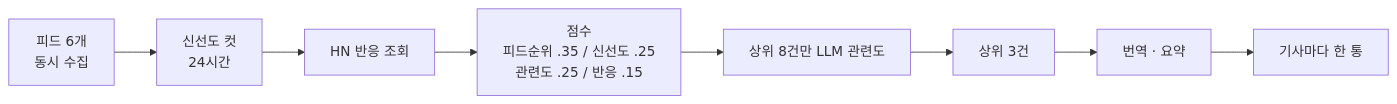
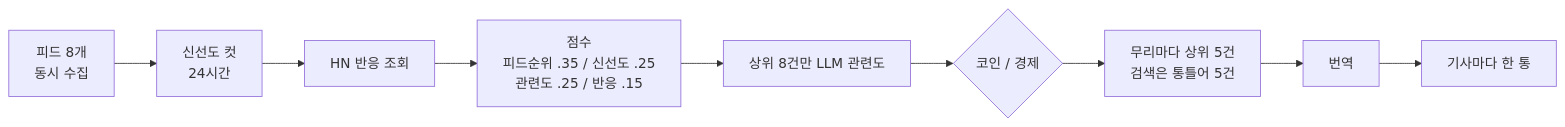
One commit to zero3402/economy-helper changed the fourth of 4 diagrams in ARCHITECTURE.md. Above: the diagram before and after it, drawn with Mermaid. The commit also changed other lines of this file and 24 other files, not shown here.

````diff
--- a/ARCHITECTURE.md
+++ b/ARCHITECTURE.md
@@ -232,10 +232,11 @@
 ```mermaid
 flowchart LR
-    F[피드 6개<br/>동시 수집] --> A[신선도 컷<br/>24시간]
+    F[피드 8개<br/>동시 수집] --> A[신선도 컷<br/>24시간]
     A --> B[HN 반응 조회]
     B --> S[점수<br/>피드순위 .35 / 신선도 .25<br/>관련도 .25 / 반응 .15]
     S --> L[상위 8건만 LLM 관련도]
-    L --> R[상위 3건]
-    R --> TR[번역 · 요약]
+    L --> C{코인 / 경제}
+    C --> R[무리마다 상위 5건<br/>검색은 통틀어 5건]
+    R --> TR[번역]
     TR --> M[기사마다 한 통]
 ```
````
